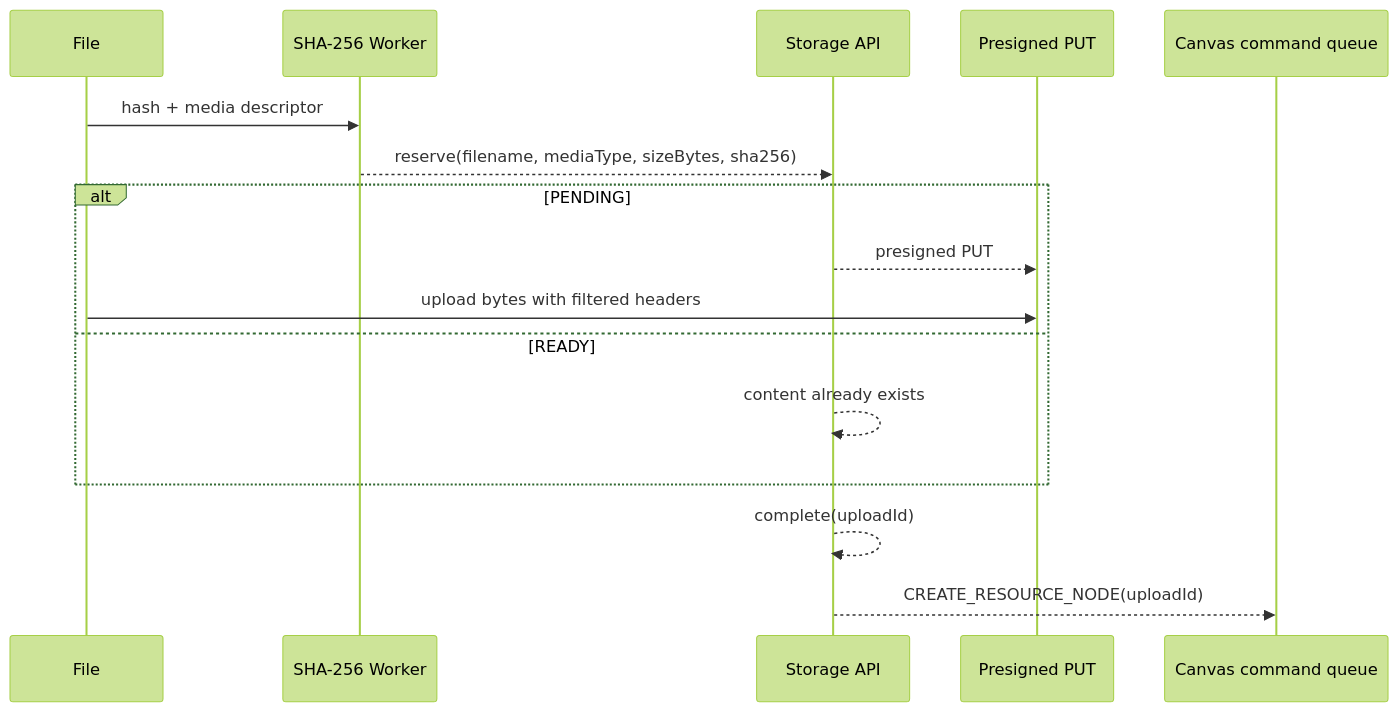
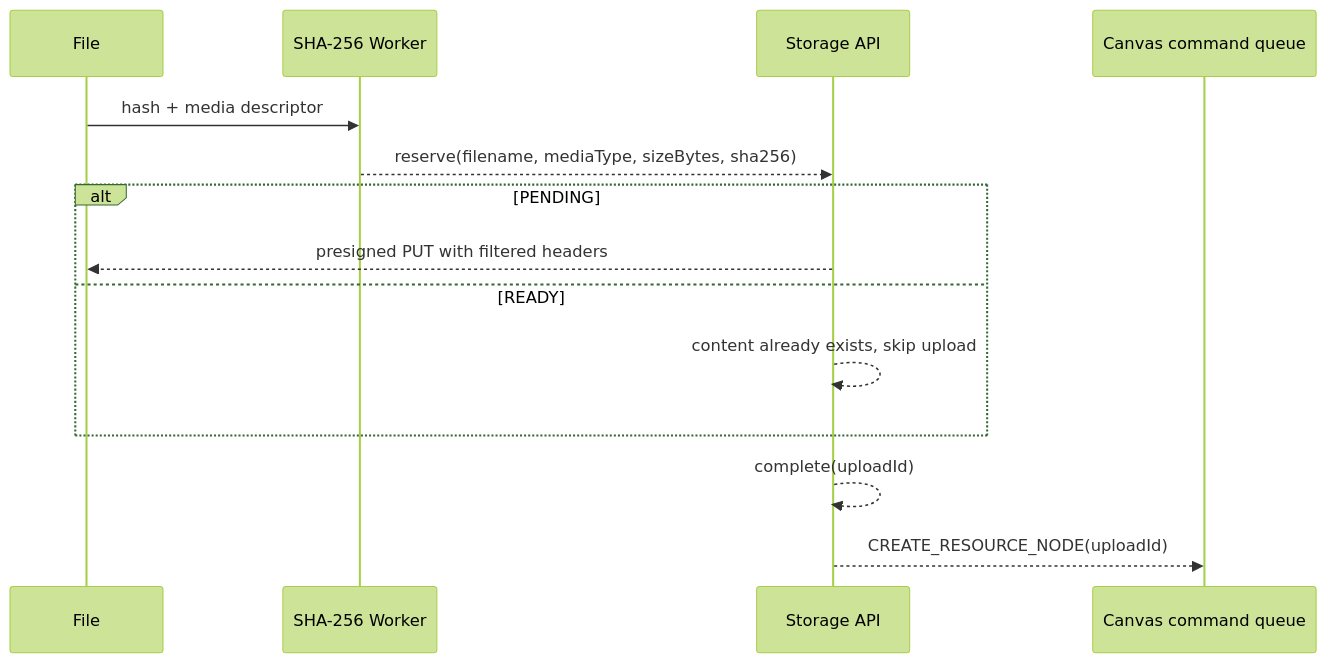
Before and after one commit to fengwk/kk-studio: the second of 2 diagrams in docs/modules/frontend.md, drawn with Mermaid (forest theme). The commit also changed other lines of this file and 2 other files, not shown here.

````diff
--- a/docs/modules/frontend.md
+++ b/docs/modules/frontend.md
@@ -520,19 +229,17 @@
 ```mermaid
 sequenceDiagram
   participant F as File
   participant W as SHA-256 Worker
   participant API as Storage API
-  participant S3 as Presigned PUT
   participant C as Canvas command queue
 
   F->>W: hash + media descriptor
   W-->>API: reserve(filename, mediaType, sizeBytes, sha256)
   alt PENDING
-    API-->>S3: presigned PUT
-    F->>S3: upload bytes with filtered headers
+    API-->>F: presigned PUT with filtered headers
   else READY
-    API-->>API: content already exists
+    API-->>API: content already exists, skip upload
   end
   API-->>API: complete(uploadId)
   API-->>C: CREATE_RESOURCE_NODE(uploadId)
 ```
````
